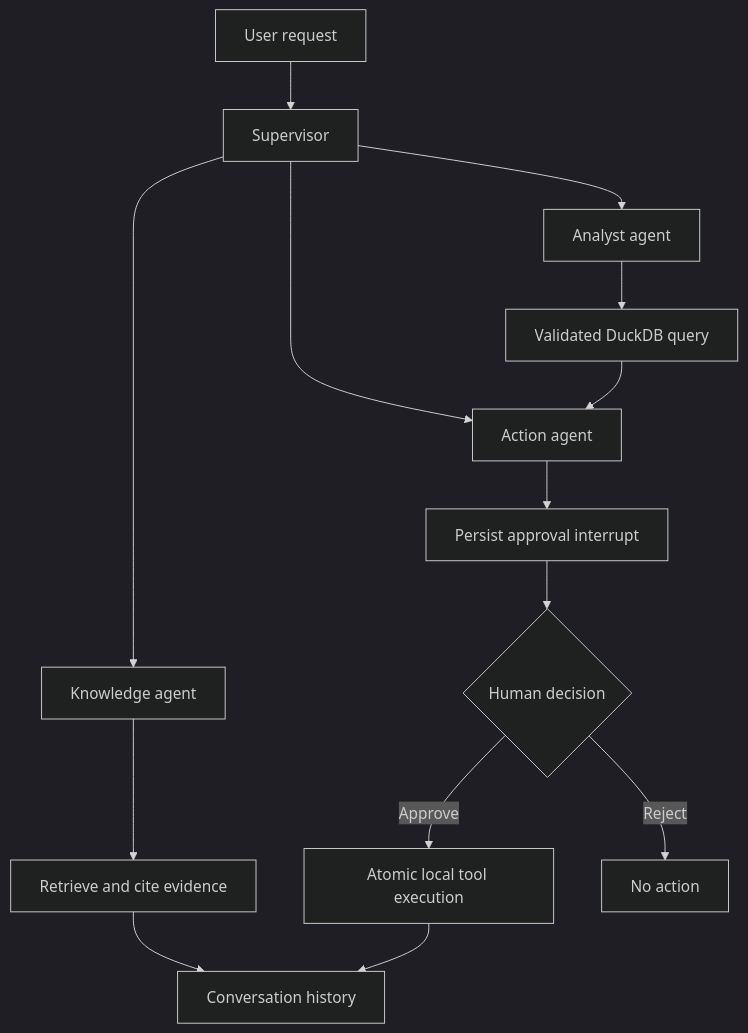
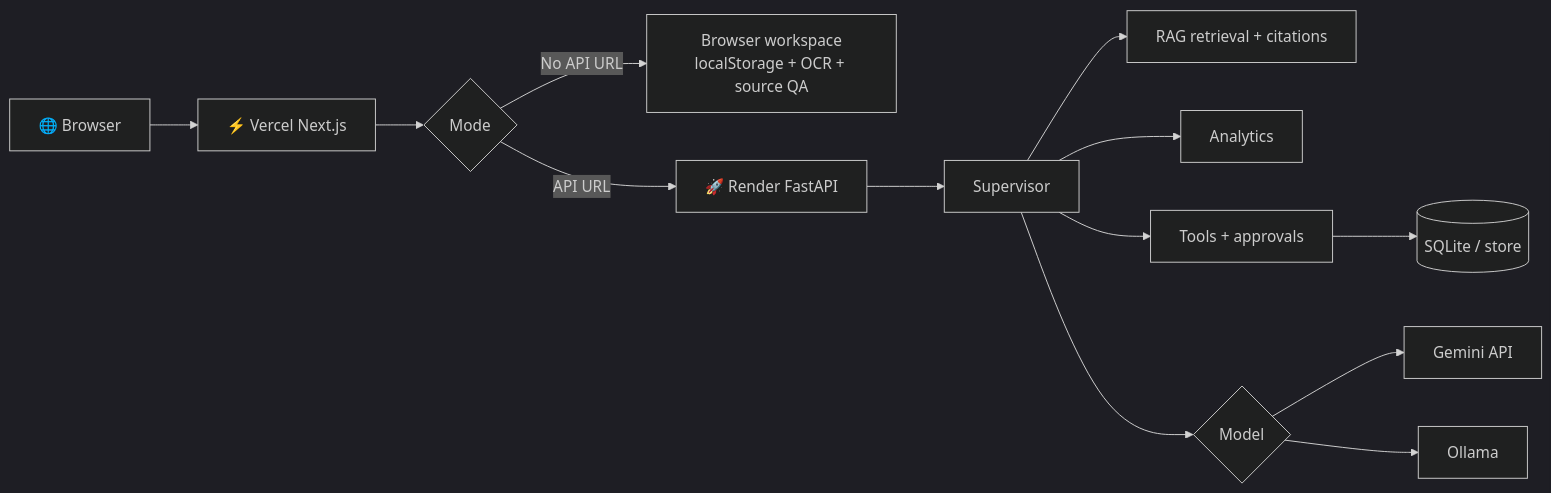
The diagram in README.md (muhammadbilaldevops/business-ai-agent), drawn with Mermaid (dark theme) before and after one commit. The commit also changed other lines of this file, not shown here.

Commit message:
Document Business AI Agent architecture and deployment

````diff
--- a/README.md
+++ b/README.md
@@ -94,16 +23,15 @@
 ```mermaid
-flowchart TD
-  U[User request] --> S[Supervisor]
-  S --> K[Knowledge agent]
-  S --> D[Analyst agent]
-  S --> A[Action agent]
-  K --> R[Retrieve and cite evidence]
-  D --> Q[Validated DuckDB query]
-  Q --> A
-  A --> H[Persist approval interrupt]
-  H --> C{Human decision}
-  C -->|Approve| T[Atomic local tool execution]
-  C -->|Reject| X[No action]
-  R --> M[Conversation history]
-  T --> M
+flowchart LR
+ B[🌐 Browser] --> V[⚡ Vercel Next.js]
+ V --> M{Mode}
+ M -->|No API URL| L[Browser workspace<br/>localStorage + OCR + source QA]
+ M -->|API URL| A[🚀 Render FastAPI]
+ A --> S[Supervisor]
+ S --> R[RAG retrieval + citations]
+ S --> N[Analytics]
+ S --> T[Tools + approvals]
+ S --> G{Model}
+ G --> Gemini[Gemini API]
+ G --> Ollama[Ollama]
+ T --> DB[(SQLite / store)]
 ```
````
